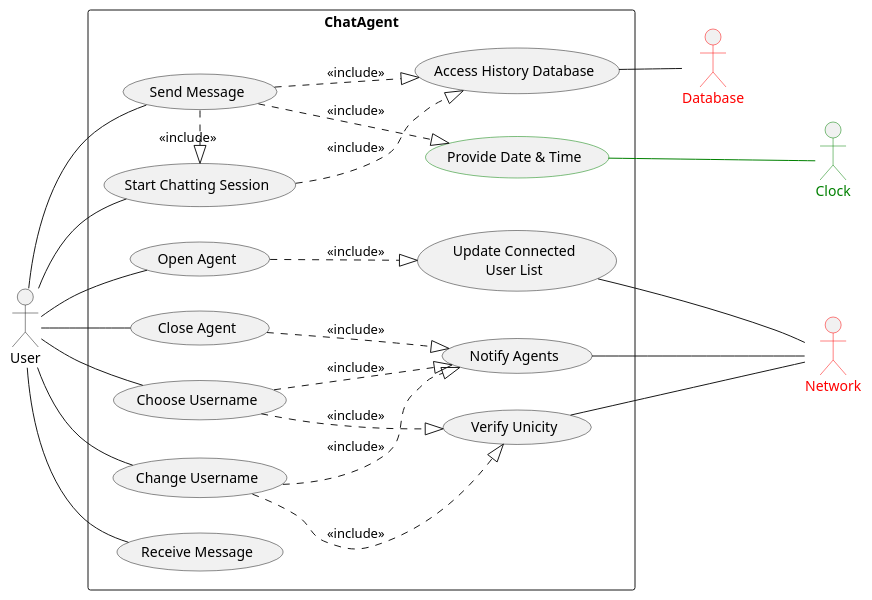
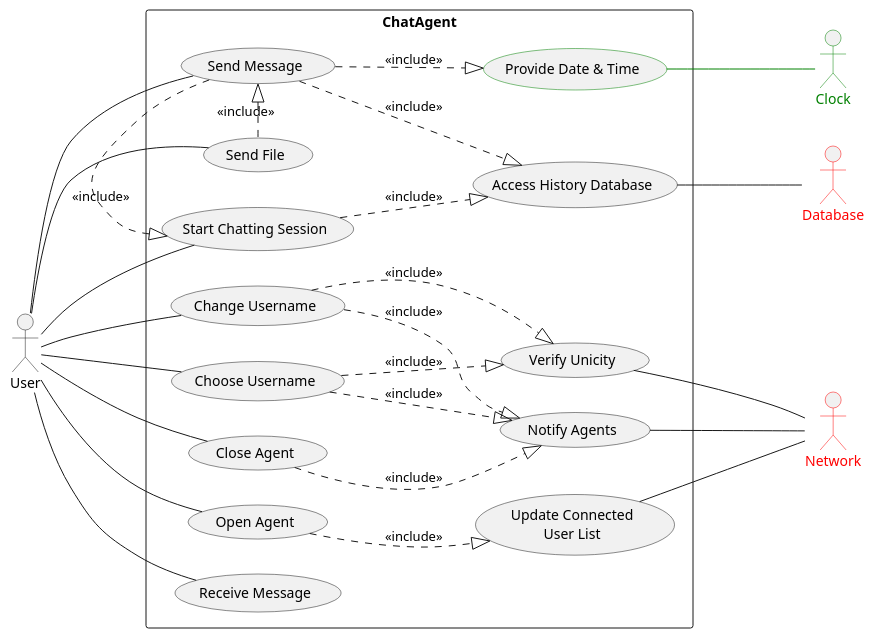
Before and after one commit to scanim-valentin/decentralized-chat-system: the diagram in PlantUML/usecase.wsd, drawn with PlantUML. The commit also changed 5 other files, not shown here.

```diff
--- a/PlantUML/usecase.wsd
+++ b/PlantUML/usecase.wsd
@@ -1,40 +1,43 @@
 @startuml usecase
 left to right direction
 :User: as user
     :Network: as network #line:red;text:red
     :Database: as db #line:red;text:red
     :Clock: as clock #line:green;text:green
 rectangle ChatAgent{
-
+ 
  user--(Open Agent)
  user--(Close Agent)
  user--(Change Username)
  user--(Choose Username)
  user--(Start Chatting Session)
 
 (Notify Agents)---network
 (Verify Unicity)---network
 (Update Connected\nUser List)--network
-(Access History Database)--db
+(Access History Database)---db
  
  (Provide Date & Time) #line:green
  (Provide Date & Time)---clock #green
 
  user--(Send Message)
+ user--(Send File) 
  user--(Receive Message)
+ 
+ (Send Message)<|.(Send File) : <<include>>
  
  (Close Agent)..|>(Notify Agents) : <<include>>
 
  (Start Chatting Session)<|.(Send Message) : <<include>>
- (Start Chatting Session)..|>(Access History Database) : <<include>>
+ (Start Chatting Session).|>(Access History Database) : <<include>>
  (Send Message)..|>(Access History Database) : <<include>>
  (Send Message)..|>(Provide Date & Time) : <<include>>
 
  (Open Agent)..|>(Update Connected\nUser List) : <<include>>
  (Change Username)..|>(Notify Agents) : <<include>>
  (Choose Username)..|>(Notify Agents) : <<include>>
  (Choose Username)..|>(Verify Unicity) : <<include>>
  (Change Username)..|>(Verify Unicity) : <<include>>
 
 }
 @enduml
```
